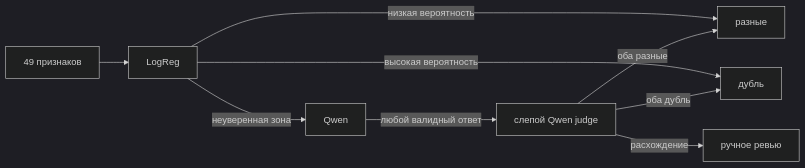
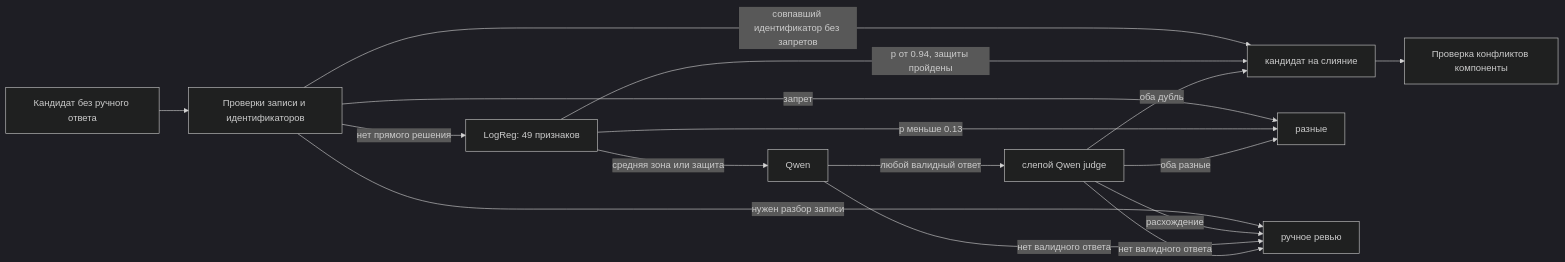
One commit to ITMO-NSS-team/PAUK changed the diagram in docs/architecture/pipeline/dedup.md. Above: the diagram before and after it, drawn with Mermaid (dark theme). The commit also changed other lines of this file and 4 other files, not shown here.

````diff
--- a/docs/architecture/pipeline/dedup.md
+++ b/docs/architecture/pipeline/dedup.md
@@ -154,11 +158,18 @@
 ```mermaid
 flowchart LR
-    A[49 признаков] --> B[LogReg]
-    B -->|низкая вероятность| C[разные]
-    B -->|высокая вероятность| D[дубль]
-    B -->|неуверенная зона| E[Qwen]
+    A[Кандидат без ручного ответа] --> P[Проверки записи и идентификаторов]
+    P -->|совпавший идентификатор без запретов| D[кандидат на слияние]
+    P -->|запрет| C[разные]
+    P -->|нужен разбор записи| G[ручное ревью]
+    P -->|нет прямого решения| B[LogReg: 49 признаков]
+    B -->|p меньше 0.13| C
+    B -->|p от 0.94, защиты пройдены| D
+    B -->|средняя зона или защита| E[Qwen]
     E -->|любой валидный ответ| F[слепой Qwen judge]
     F -->|оба разные| C
     F -->|оба дубль| D
-    F -->|расхождение| G[ручное ревью]
+    F -->|расхождение| G
+    E -->|нет валидного ответа| G
+    F -->|нет валидного ответа| G
+    D --> H[Проверка конфликтов компоненты]
 ```
````
